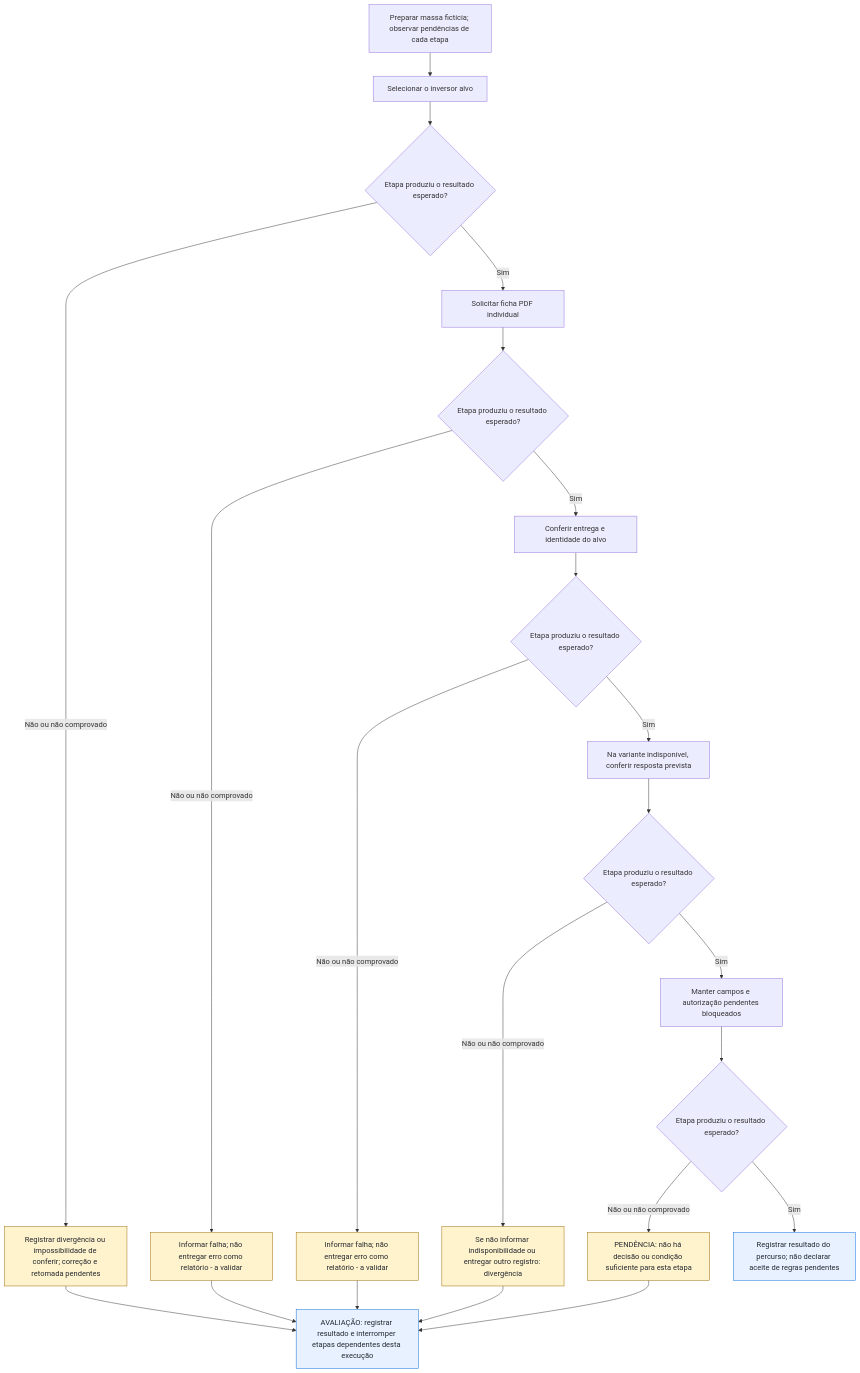
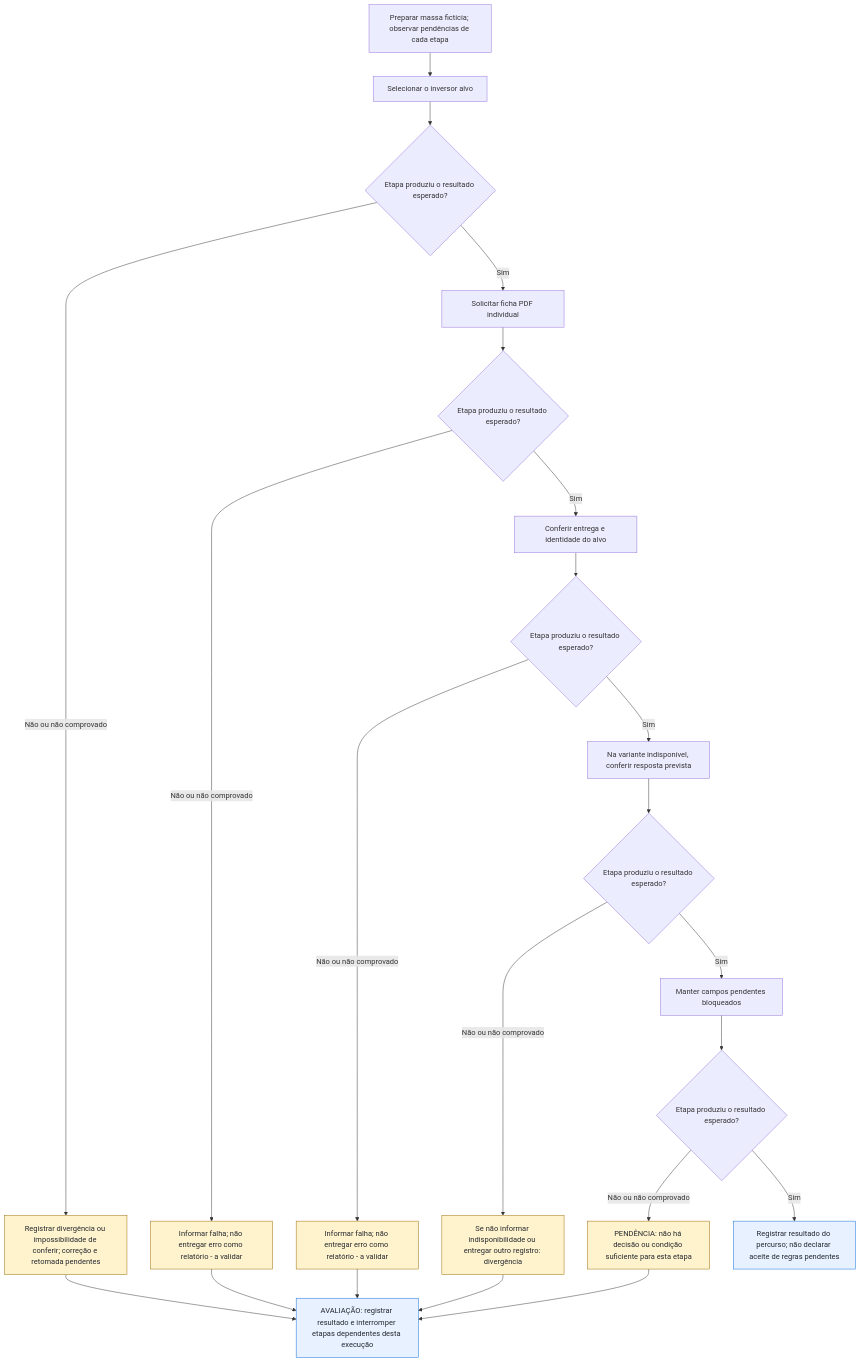
Before and after one commit to DiogoBAguiar/bvapp-cenarios-testes-diogo: the diagram in docs/fluxos/UCS006_exportacao_2.md, drawn with Mermaid. The commit also changed other lines of this file and 14 other files, not shown here.

````diff
--- a/docs/fluxos/UCS006_exportacao_2.md
+++ b/docs/fluxos/UCS006_exportacao_2.md
@@ -9,36 +9,36 @@
 ```mermaid
 flowchart TD
     inicio["Preparar massa fictícia; observar pendências de cada etapa"]
     parar["AVALIAÇÃO: registrar resultado e interromper etapas dependentes desta execução"]
     concluir["Registrar resultado do percurso; não declarar aceite de regras pendentes"]
     inicio --> p1
     p1["Selecionar o inversor alvo"]
     p1 --> q1{"Etapa produziu o resultado esperado?"}
     q1 -->|Não ou não comprovado| f1["Registrar divergência ou impossibilidade de conferir; correção e retomada pendentes"]
     f1 --> parar
     q1 -->|Sim| p2
     p2["Solicitar ficha PDF individual"]
     p2 --> q2{"Etapa produziu o resultado esperado?"}
     q2 -->|Não ou não comprovado| f2["Informar falha; não entregar erro como relatório - a validar"]
     f2 --> parar
     q2 -->|Sim| p3
     p3["Conferir entrega e identidade do alvo"]
     p3 --> q3{"Etapa produziu o resultado esperado?"}
     q3 -->|Não ou não comprovado| f3["Informar falha; não entregar erro como relatório - a validar"]
     f3 --> parar
     q3 -->|Sim| p4
     p4["Na variante indisponível, conferir resposta prevista"]
     p4 --> q4{"Etapa produziu o resultado esperado?"}
     q4 -->|Não ou não comprovado| f4["Se não informar indisponibilidade ou entregar outro registro: divergência"]
     f4 --> parar
     q4 -->|Sim| p5
-    p5["Manter campos e autorização pendentes bloqueados"]
+    p5["Manter campos pendentes bloqueados"]
     p5 --> q5{"Etapa produziu o resultado esperado?"}
     q5 -->|Não ou não comprovado| f5["PENDÊNCIA: não há decisão ou condição suficiente para esta etapa"]
     f5 --> parar
     q5 -->|Sim| concluir
     classDef pendencia fill:#fff3cd,stroke:#9a6700,color:#24292f
     classDef avaliacao fill:#e7f1ff,stroke:#0969da,color:#24292f
     class parar,concluir avaliacao
     class f1,f2,f3,f4,f5 pendencia
 ```
````
